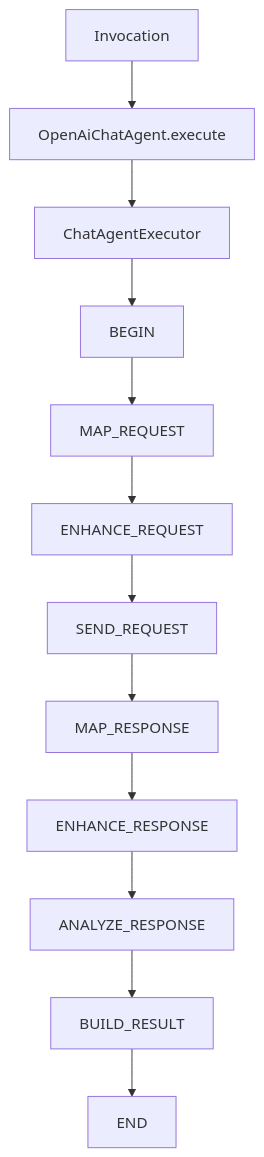
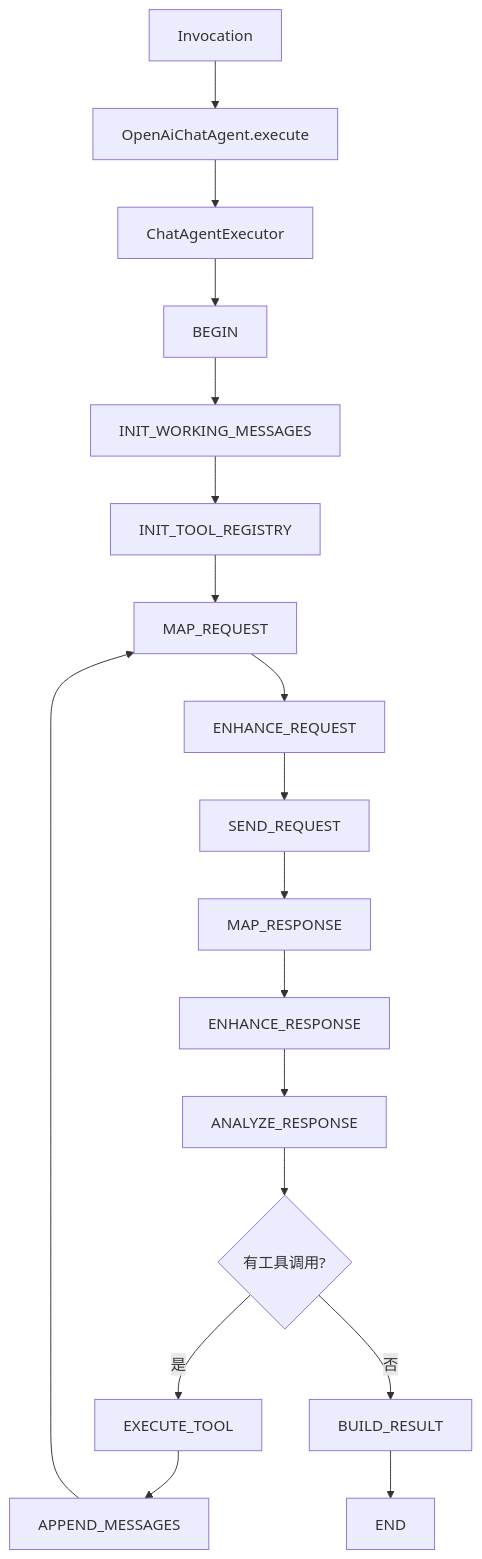
The first of 2 diagrams in liteagent-provider-openai-agent/README.md (Halcyonsong/liteagent-template), drawn with Mermaid before and after one commit. The commit also changed other lines of this file and 55 other files, not shown here.

````diff
--- a/liteagent-provider-openai-agent/README.md
+++ b/liteagent-provider-openai-agent/README.md
@@ -37,14 +37,20 @@
 ```mermaid
 flowchart TD
     A1[Invocation] --> A2[OpenAiChatAgent.execute]
     A2 --> A3[ChatAgentExecutor]
     A3 --> A4[BEGIN]
-    A4 --> A5[MAP_REQUEST]
-    A5 --> A6[ENHANCE_REQUEST]
-    A6 --> A7[SEND_REQUEST]
-    A7 --> A8[MAP_RESPONSE]
-    A8 --> A9[ENHANCE_RESPONSE]
-    A9 --> A10[ANALYZE_RESPONSE]
-    A10 --> A11[BUILD_RESULT]
-    A11 --> A12[END]
+    A4 --> A5[INIT_WORKING_MESSAGES]
+    A5 --> A6[INIT_TOOL_REGISTRY]
+    A6 --> A7[MAP_REQUEST]
+    A7 --> A8[ENHANCE_REQUEST]
+    A8 --> A9[SEND_REQUEST]
+    A9 --> A10[MAP_RESPONSE]
+    A10 --> A11[ENHANCE_RESPONSE]
+    A11 --> A12[ANALYZE_RESPONSE]
+    A12 --> A13{有工具调用?}
+    A13 -- 是 --> A14[EXECUTE_TOOL]
+    A14 --> A15[APPEND_MESSAGES]
+    A15 --> A7
+    A13 -- 否 --> A16[BUILD_RESULT]
+    A16 --> A17[END]
 ```
````
